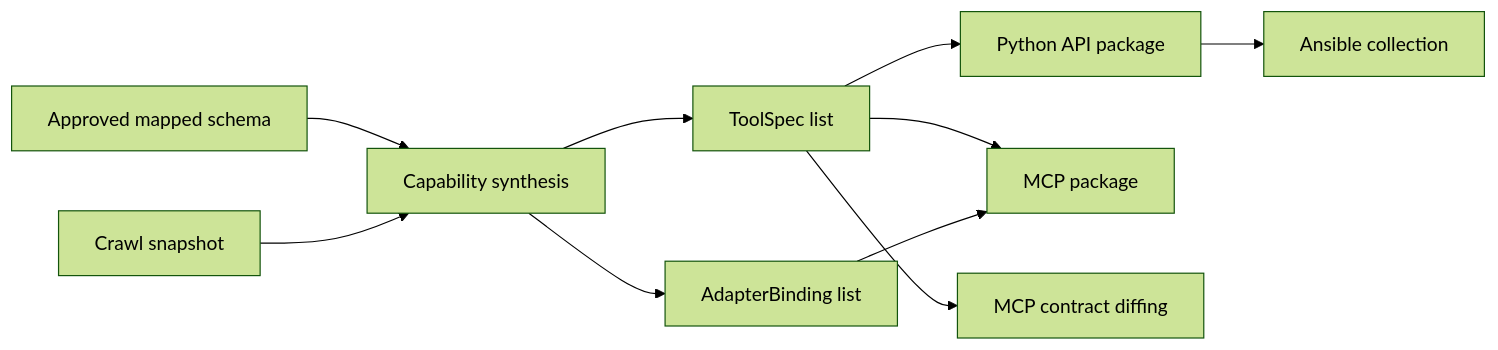
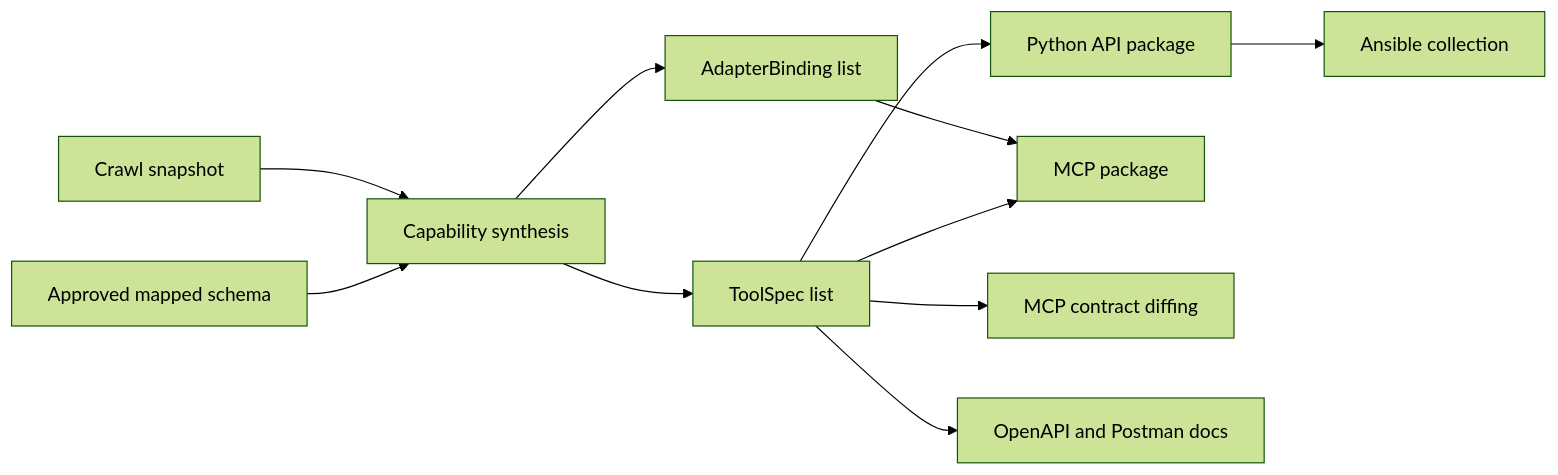
The third of 3 diagrams in docs/01_ARCHITECTURE.md (akarasulu/site-agent), drawn with Mermaid (forest theme) before and after one commit. The commit also changed other lines of this file and 18 other files, not shown here.

Commit message:
Add generated OpenAPI and Postman docs

````diff
--- a/docs/01_ARCHITECTURE.md
+++ b/docs/01_ARCHITECTURE.md
@@ -185,12 +188,13 @@
 ```mermaid
 flowchart LR
   Schema[Approved mapped schema] --> Cap[Capability synthesis]
   Snapshot[Crawl snapshot] --> Cap
   Cap --> Tools[ToolSpec list]
   Cap --> Bindings[AdapterBinding list]
   Tools --> API[Python API package]
   Tools --> MCP[MCP package]
   Bindings --> MCP
   API --> Ansible[Ansible collection]
   Tools --> Contracts[MCP contract diffing]
+  Tools --> APIDocs[OpenAPI and Postman docs]
 ```
````
